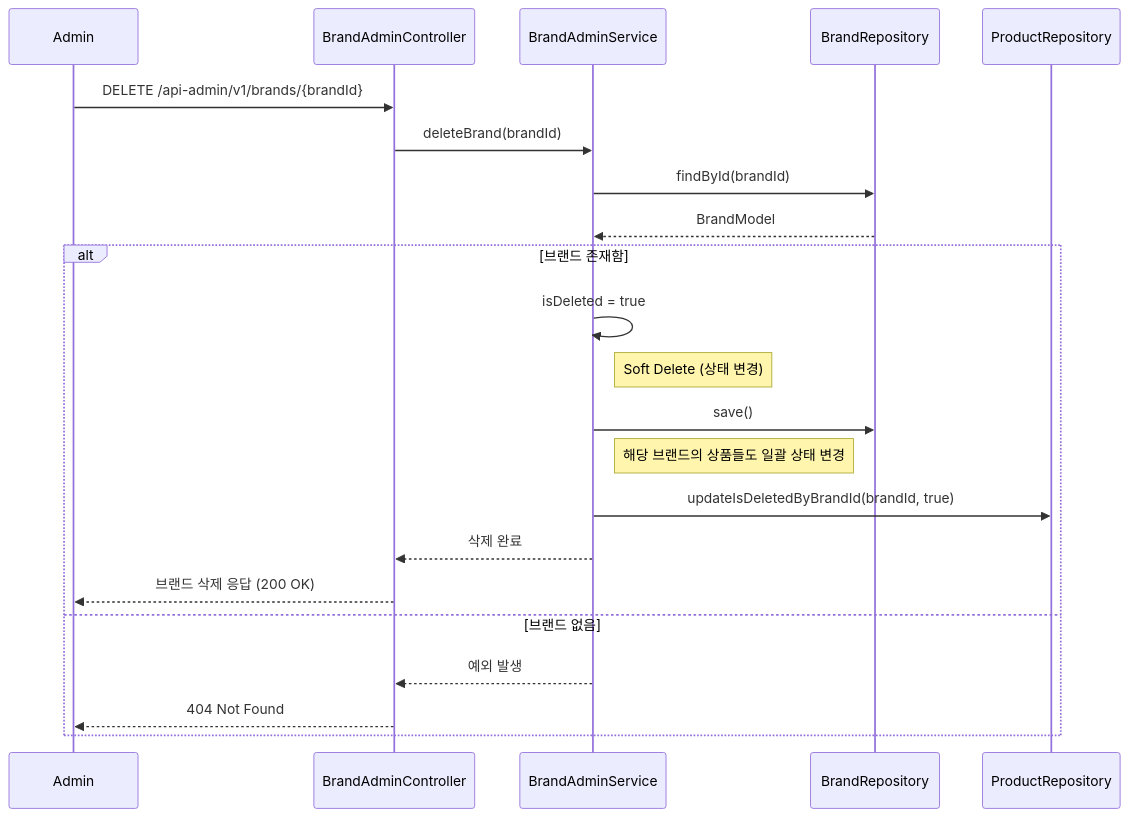
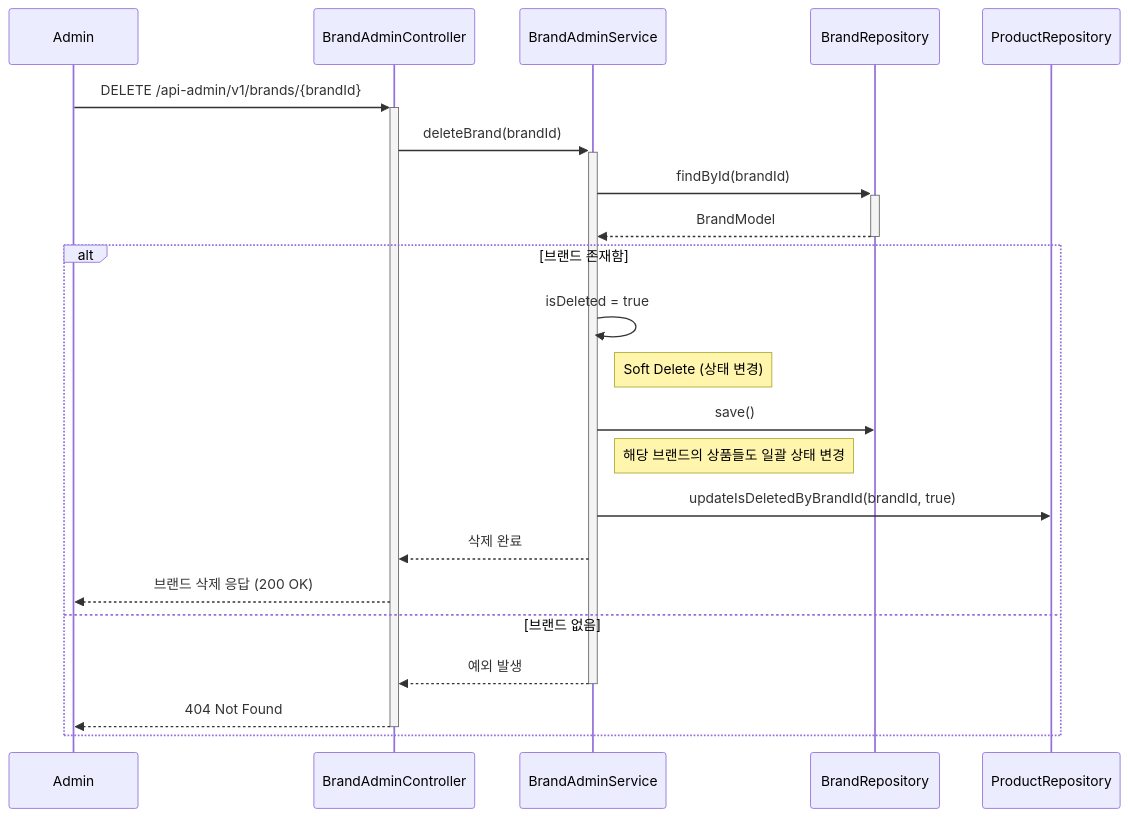
Before and after one commit to Loopers-dev-lab/loop-pack-be-l2-vol3-kotlin: the eighth of 21 diagrams in .docs/design/02-sequence-diagrams.md, drawn with Mermaid. The commit also changed other lines of this file, not shown here.

Commit message:
docs: 시퀀스 다이어그램 activation bar 추가

````diff
--- a/.docs/design/02-sequence-diagrams.md
+++ b/.docs/design/02-sequence-diagrams.md
@@ -208,27 +208,27 @@
 ```mermaid
 sequenceDiagram
     participant Admin
     participant BrandAdminController
     participant BrandAdminService
     participant BrandRepository
     participant ProductRepository
 
-    Admin ->> BrandAdminController: DELETE /api-admin/v1/brands/{brandId}
-    BrandAdminController ->> BrandAdminService: deleteBrand(brandId)
-    BrandAdminService ->> BrandRepository: findById(brandId)
-    BrandRepository -->> BrandAdminService: BrandModel
+    Admin ->>+ BrandAdminController: DELETE /api-admin/v1/brands/{brandId}
+    BrandAdminController ->>+ BrandAdminService: deleteBrand(brandId)
+    BrandAdminService ->>+ BrandRepository: findById(brandId)
+    BrandRepository -->>- BrandAdminService: BrandModel
     alt 브랜드 존재함
         BrandAdminService ->> BrandAdminService: isDeleted = true
         Note right of BrandAdminService: Soft Delete (상태 변경)
         BrandAdminService ->> BrandRepository: save()
-        
+
         Note right of BrandAdminService: 해당 브랜드의 상품들도 일괄 상태 변경
         BrandAdminService ->> ProductRepository: updateIsDeletedByBrandId(brandId, true)
-        
+
         BrandAdminService -->> BrandAdminController: 삭제 완료
         BrandAdminController -->> Admin: 브랜드 삭제 응답 (200 OK)
     else 브랜드 없음
-        BrandAdminService -->> BrandAdminController: 예외 발생
-        BrandAdminController -->> Admin: 404 Not Found
+        BrandAdminService -->>- BrandAdminController: 예외 발생
+        BrandAdminController -->>- Admin: 404 Not Found
     end
 ```
````
